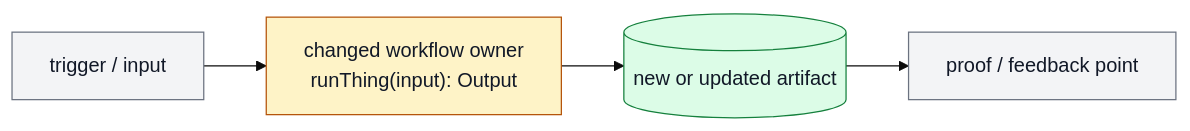
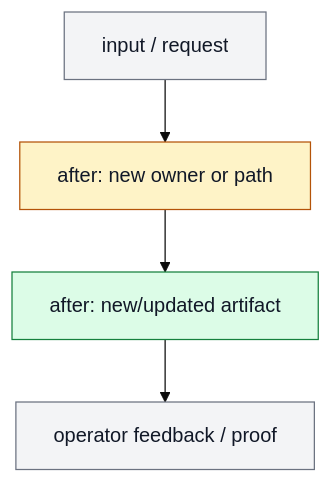
One commit to ZanarkandTechnologies/Farplane changed the second of 4 diagrams in skills/diagramming/references/patterns.md. Above: the diagram before and after it, drawn with Mermaid (base theme). The commit also changed other lines of this file and 4 other files, not shown here.

Commit message:
Require colored before after companion diagrams

````diff
--- a/skills/diagramming/references/patterns.md
+++ b/skills/diagramming/references/patterns.md
@@ -15,14 +43,13 @@
 ```mermaid
-flowchart LR
+flowchart TD
   classDef keep fill:#f3f4f6,stroke:#6b7280,color:#111827
-  classDef change fill:#fef3c7,stroke:#b45309,color:#111827
-  classDef add fill:#dcfce7,stroke:#15803d,color:#111827
-  classDef remove fill:#fee2e2,stroke:#b91c1c,color:#7f1d1d,stroke-dasharray: 5 3
+  classDef changed fill:#fef3c7,stroke:#b45309,color:#111827
+  classDef added fill:#dcfce7,stroke:#15803d,color:#111827
 
-  trigger["trigger / input"]:::keep
-  owner["changed workflow owner<br/>runThing(input): Output"]:::change
-  artifact[(new or updated artifact)]:::add
-  proof["proof / feedback point"]:::keep
+  input["input / request"]:::keep
+  newOwner["after: new owner or path"]:::changed
+  newArtifact["after: new/updated artifact"]:::added
+  feedback["operator feedback / proof"]:::keep
 
-  trigger --> owner --> artifact --> proof
+  input --> newOwner --> newArtifact --> feedback
 ```
````
